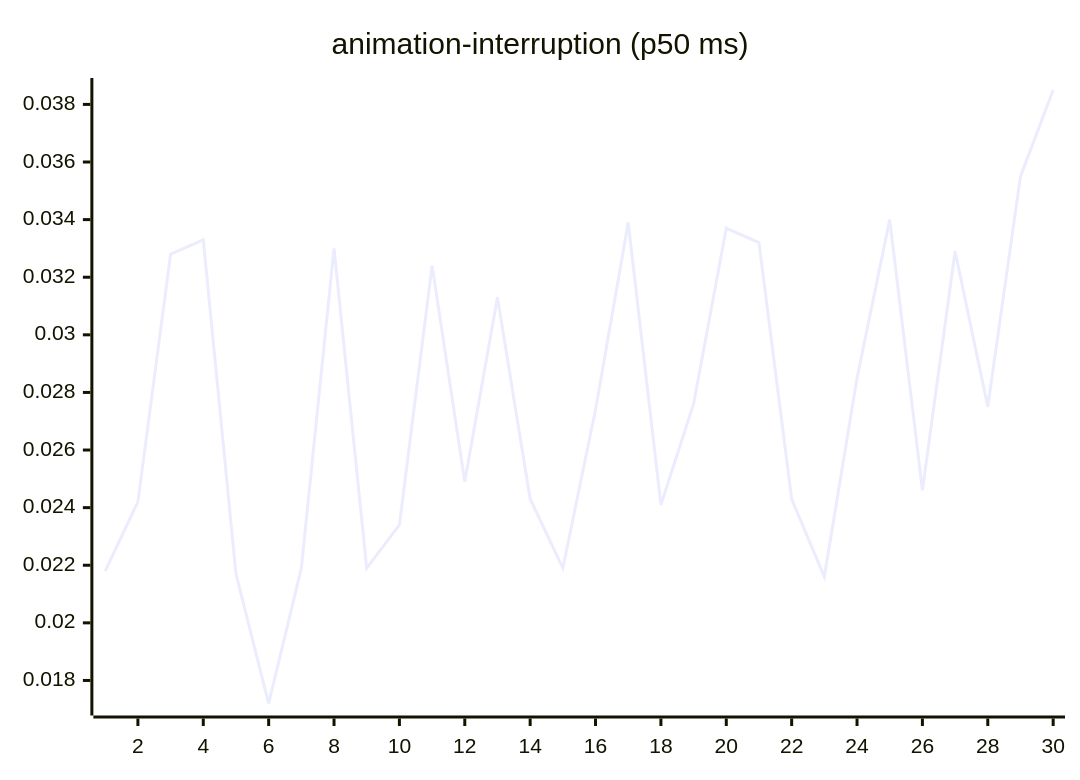
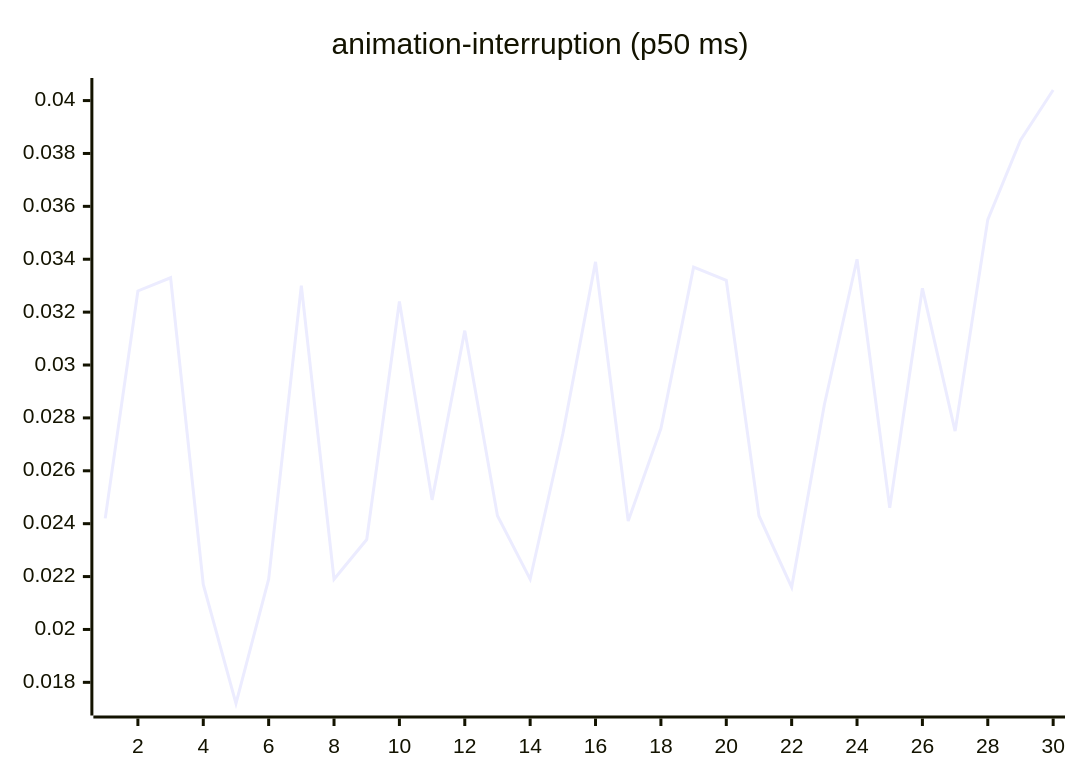
One commit to josha/Facet changed the third of 27 diagrams in README.md. Above: the diagram before and after it, drawn with Mermaid. The commit also changed other lines of this file and 2 other files, not shown here.

````diff
--- a/README.md
+++ b/README.md
@@ -77,6 +77,6 @@
 ```mermaid
 xychart-beta
     title "animation-interruption (p50 ms)"
     x-axis 1 --> 30
-    line [0.0218, 0.0242, 0.0328, 0.0333, 0.0217, 0.0172, 0.0219, 0.0330, 0.0219, 0.0234, 0.0324, 0.0249, 0.0313, 0.0243, 0.0219, 0.0274, 0.0339, 0.0241, 0.0276, 0.0337, 0.0332, 0.0243, 0.0216, 0.0285, 0.0340, 0.0246, 0.0329, 0.0275, 0.0355, 0.0385]
+    line [0.0242, 0.0328, 0.0333, 0.0217, 0.0172, 0.0219, 0.0330, 0.0219, 0.0234, 0.0324, 0.0249, 0.0313, 0.0243, 0.0219, 0.0274, 0.0339, 0.0241, 0.0276, 0.0337, 0.0332, 0.0243, 0.0216, 0.0285, 0.0340, 0.0246, 0.0329, 0.0275, 0.0355, 0.0385, 0.0404]
 ```
````
